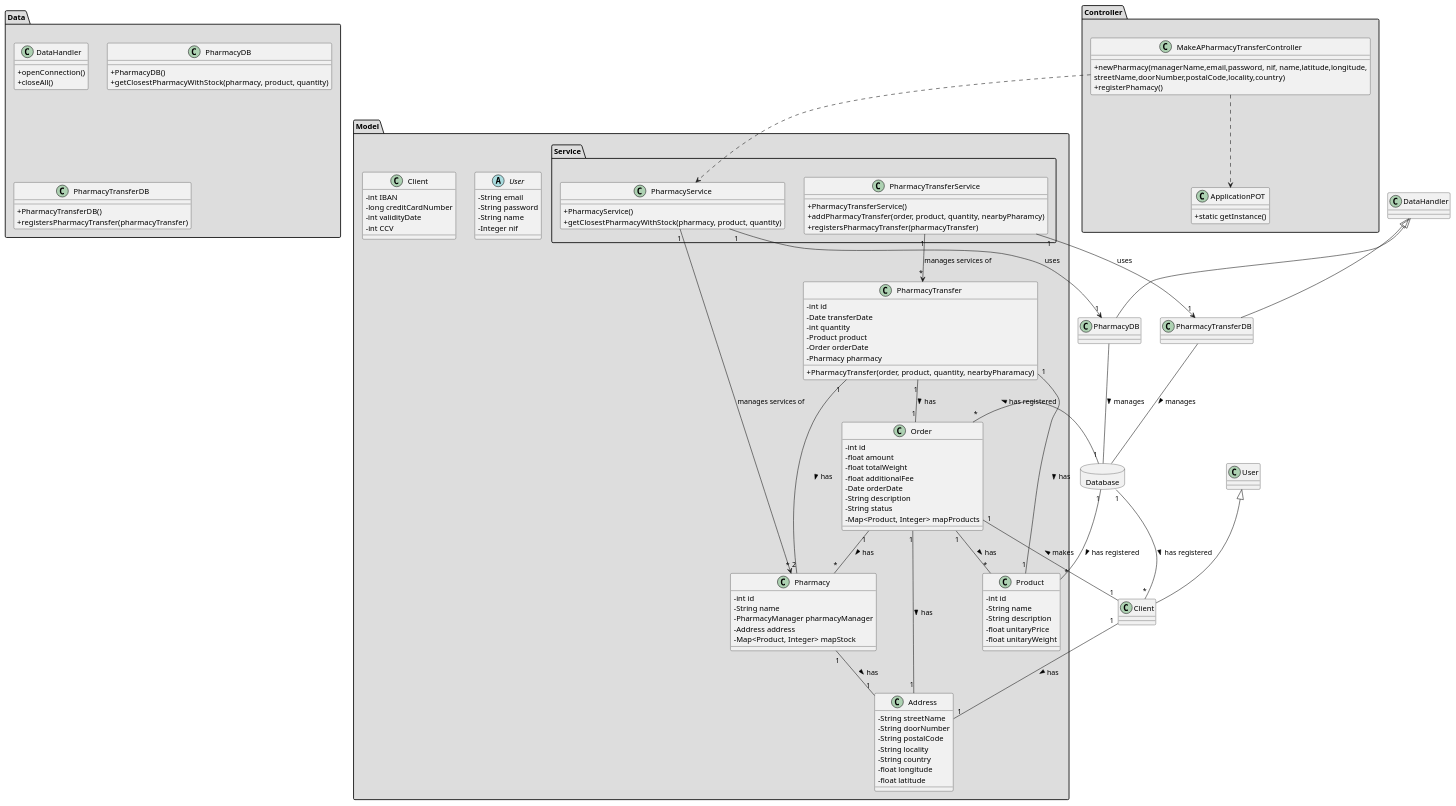
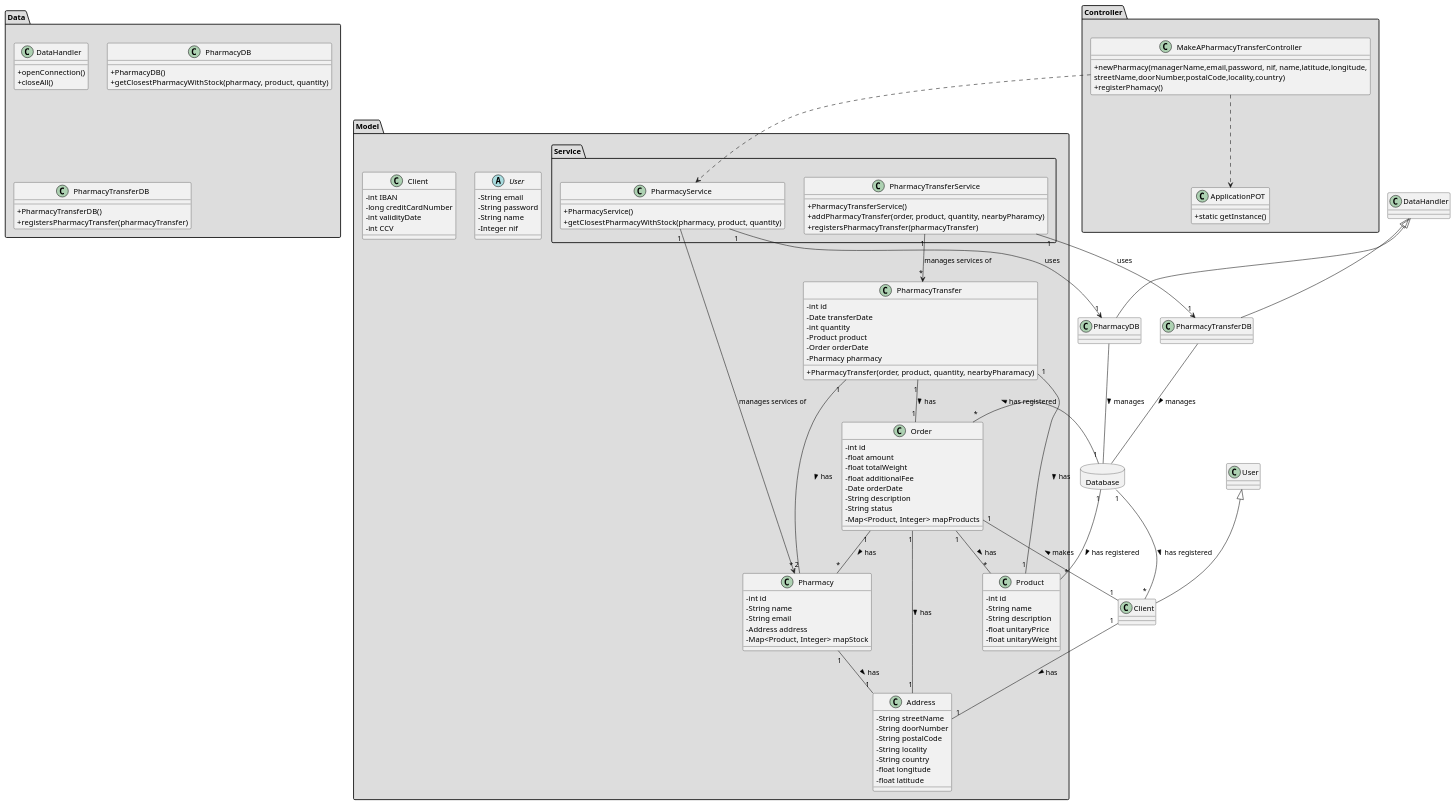
One commit to tiagoavcosta25/LAPR3 changed the diagram in docs/Iteration 2/Pharmacy Management/US200_MakeAPharmacyTransfer/US200_CD.puml. Above: the diagram before and after it, drawn with PlantUML. The commit also changed 43 other files, not shown here.

```diff
--- a/docs/Iteration 2/Pharmacy Management/US200_MakeAPharmacyTransfer/US200_CD.puml
+++ b/docs/Iteration 2/Pharmacy Management/US200_MakeAPharmacyTransfer/US200_CD.puml
@@ -1,140 +1,140 @@
 @startuml
 skinparam classAttributeIconSize 0
 
 package "Controller" #DDDDDD {
 class MakeAPharmacyTransferController{
 +newPharmacy(managerName,email,password, nif, name,latitude,longitude,\nstreetName,doorNumber,postalCode,locality,country)
 +registerPhamacy()
 }
 
 class ApplicationPOT
 {
   +static getInstance()
 }
 }
 
 package "Model" #DDDDDD {
 
 package "Service" #DDDDDD {
    class PharmacyService{
           +PharmacyService()
           +getClosestPharmacyWithStock(pharmacy, product, quantity)
       }
 
       class PharmacyTransferService{
                 +PharmacyTransferService()
                 +addPharmacyTransfer(order, product, quantity, nearbyPharamcy)
                 +registersPharmacyTransfer(pharmacyTransfer)
             }
  }
 
 abstract class User{
 -String email
 -String password
 -String name
 -Integer nif
 }
 
 class Client{
 -   int IBAN
 -   long creditCardNumber
 -   int validityDate
 -   int CCV
 }
 
 class Address{
 -   String streetName
 -   String doorNumber
 -   String postalCode
 -   String locality
 -   String country
 -   float longitude
 -   float latitude
 }
 
 class Pharmacy{
 -   int id
 -   String name
--   PharmacyManager pharmacyManager
+-   String email
 -   Address address
 -   Map<Product, Integer> mapStock
 }
 
 class Order{
 -   int id
 -   float amount
 -   float totalWeight
 -   float additionalFee
 -   Date orderDate
 -   String description
 -   String status
 -   Map<Product, Integer> mapProducts
 }
 
 class Product{
 -   int id
 -   String name
 -   String description
 -   float unitaryPrice
 -   float unitaryWeight
 }
 
 class PharmacyTransfer{
 -   int id
 -   Date transferDate
 -   int quantity
 -   Product product
 -   Order orderDate
 -   Pharmacy pharmacy
 +PharmacyTransfer(order, product, quantity, nearbyPharamacy)
 }
 
 }
 
 
 package "Data" #DDDDDD {
 class DataHandler{
     +openConnection()
     +closeAll()
 }
 
 class PharmacyDB{
           +PharmacyDB()
           +getClosestPharmacyWithStock(pharmacy, product, quantity)
       }
 
       class PharmacyTransferDB{
                 +PharmacyTransferDB()
                 +registersPharmacyTransfer(pharmacyTransfer)
             }
 }
 
 database Database {
 }
 
 class PharmacyDB extends DataHandler
 class PharmacyTransferDB extends DataHandler
 class Client extends User
 
 MakeAPharmacyTransferController ..> ApplicationPOT
 MakeAPharmacyTransferController ..> PharmacyService
 Database "1" -- "*" Order : has registered >
 Database "1" -- "*" Product : has registered >
 Database "1" -- "*" Client : has registered >
 PharmacyDB -- Database : manages >
 PharmacyTransferDB -- Database : manages >
 PharmacyService "1" --> "*" Pharmacy : manages services of
 PharmacyService "1" --> "1" PharmacyDB : uses
 PharmacyTransferService "1" --> "*" PharmacyTransfer : manages services of
 PharmacyTransferService "1" --> "1" PharmacyTransferDB : uses
 Pharmacy "1" -- "1" Address : has >
 Order "1" -- "*" Product : has >
 Order "1" -- "*" Pharmacy : has >
 Client "1" -- "1" Order : makes >
 Client "1" -- "1" Address : has >
 Order "1" -- "1" Address : has >
 PharmacyTransfer "1" -- "2" Pharmacy : has >
 PharmacyTransfer "1" -- "1" Product : has >
 PharmacyTransfer "1" -- "1" Order : has >
 
 @enduml
```
